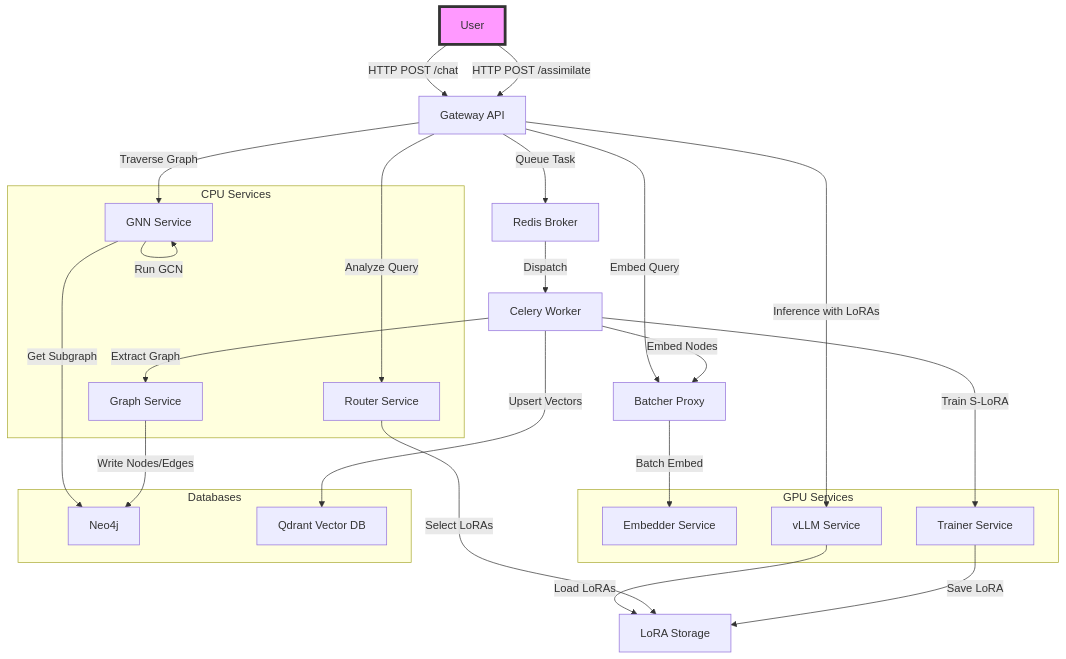
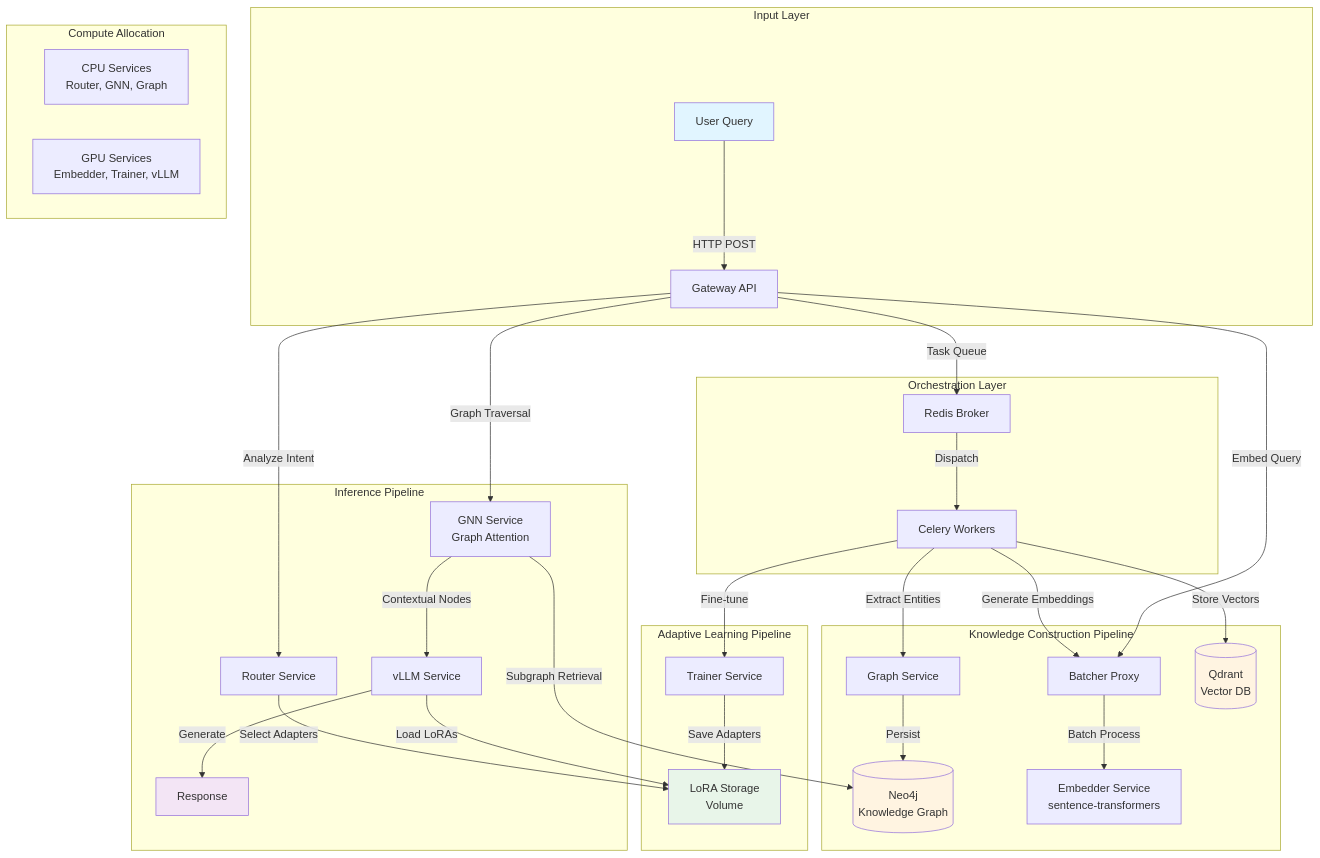
Before and after one commit to vandoanh1999/trustcert-ai-: the diagram in README.md, drawn with Mermaid. The commit also changed other lines of this file, not shown here.

````diff
--- a/README.md
+++ b/README.md
@@ -7,42 +65,46 @@
 ```mermaid
-graph TD
-    A[User] -->|HTTP POST /assimilate| B[Gateway API]
-    B -->|Queue Task| C[Redis Broker]
-    C -->|Dispatch| D[Celery Worker]
-    D -->|Extract Graph| E[Graph Service]
-    E -->|Write Nodes/Edges| F[Neo4j Graph DB]
-    D -->|Embed Nodes| G[Batcher Proxy]
-    G -->|Batch Embed| H[Embedder Service]
-    D -->|Upsert Vectors| I[Qdrant Vector DB]
-    D -->|Train S-LoRA| J[Trainer Service]
-    J -->|Save LoRA| K[LoRA Storage Volume]
-
-    A -->|HTTP POST /chat| B[Gateway API]
-    B -->|Analyze Query| L[Router Service]
-    L -->|Select LoRAs| K[LoRA Storage]
-    B -->|Embed Query| G[Batcher Proxy]
-    B -->|Traverse Graph| M[GNN Service]
-    M -->|Get Subgraph| F[Neo4j]
-    M -->|Run GCN| M
-    B -->|Inference with LoRAs| N[vLLM Service]
-    N -->|Load LoRAs| K[LoRA Storage]
-
-    subgraph "CPU Services"
-    E
-    L
-    M
+graph TB
+    subgraph "Input Layer"
+        A[User Query] -->|HTTP POST| B[Gateway API]
     end
-
-    subgraph "GPU Services"
-    H
-    J
-    N
+    
+    subgraph "Orchestration Layer"
+        B -->|Task Queue| C[Redis Broker]
+        C -->|Dispatch| D[Celery Workers]
     end
-
-    subgraph "Databases"
-    F
-    I
+    
+    subgraph "Knowledge Construction Pipeline"
+        D -->|Extract Entities| E[Graph Service]
+        E -->|Persist| F[(Neo4j<br/>Knowledge Graph)]
+        D -->|Generate Embeddings| G[Batcher Proxy]
+        G -->|Batch Process| H[Embedder Service<br/>sentence-transformers]
+        D -->|Store Vectors| I[(Qdrant<br/>Vector DB)]
     end
-
-    style A fill:#f9f,stroke:#333,stroke-width:4px
+    
+    subgraph "Adaptive Learning Pipeline"
+        D -->|Fine-tune| J[Trainer Service]
+        J -->|Save Adapters| K[LoRA Storage<br/>Volume]
+    end
+    
+    subgraph "Inference Pipeline"
+        B -->|Analyze Intent| L[Router Service]
+        L -->|Select Adapters| K
+        B -->|Embed Query| G
+        B -->|Graph Traversal| M[GNN Service<br/>Graph Attention]
+        M -->|Subgraph Retrieval| F
+        M -->|Contextual Nodes| N[vLLM Service]
+        N -->|Load LoRAs| K
+        N -->|Generate| O[Response]
+    end
+    
+    subgraph "Compute Allocation"
+        CPU[CPU Services<br/>Router, GNN, Graph]
+        GPU[GPU Services<br/>Embedder, Trainer, vLLM]
+    end
+    
+    style A fill:#e1f5ff
+    style F fill:#fff4e1
+    style I fill:#fff4e1
+    style K fill:#e8f5e9
+    style O fill:#f3e5f5
 ```
````
